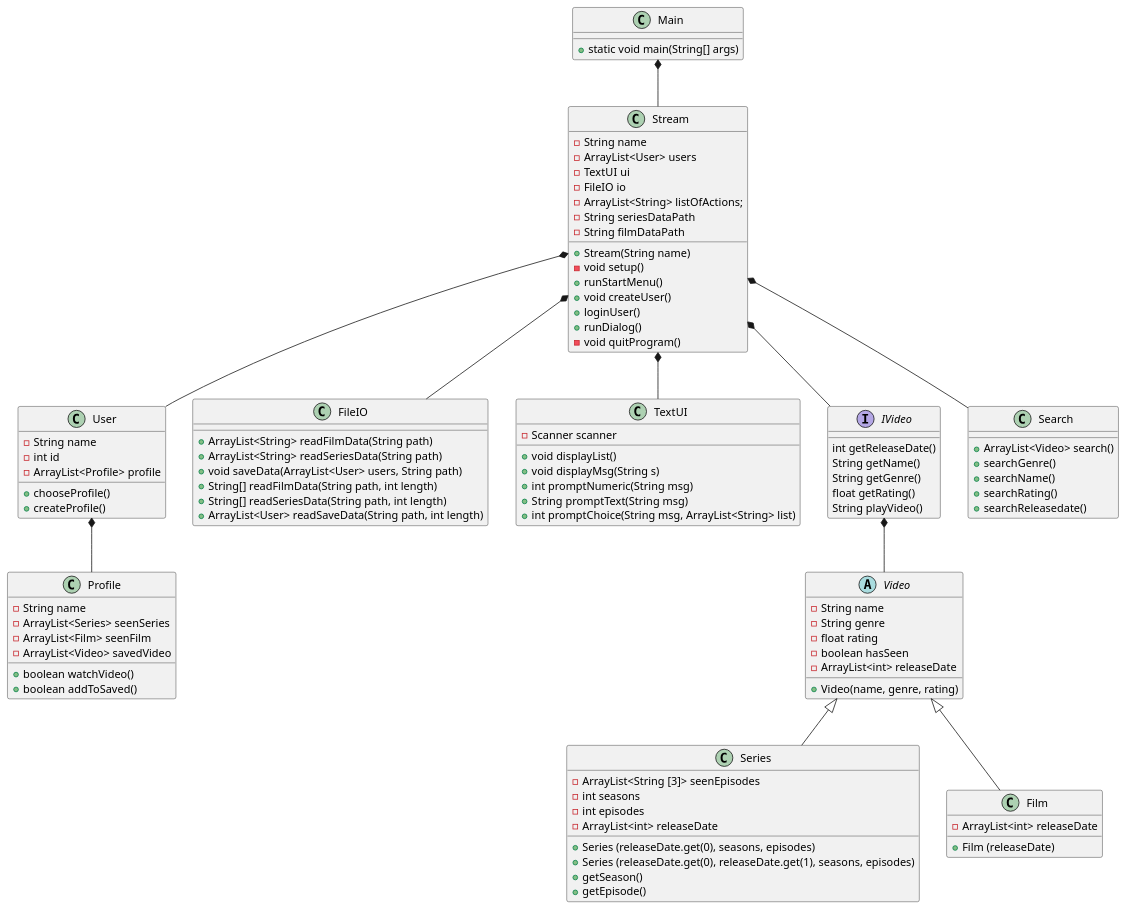
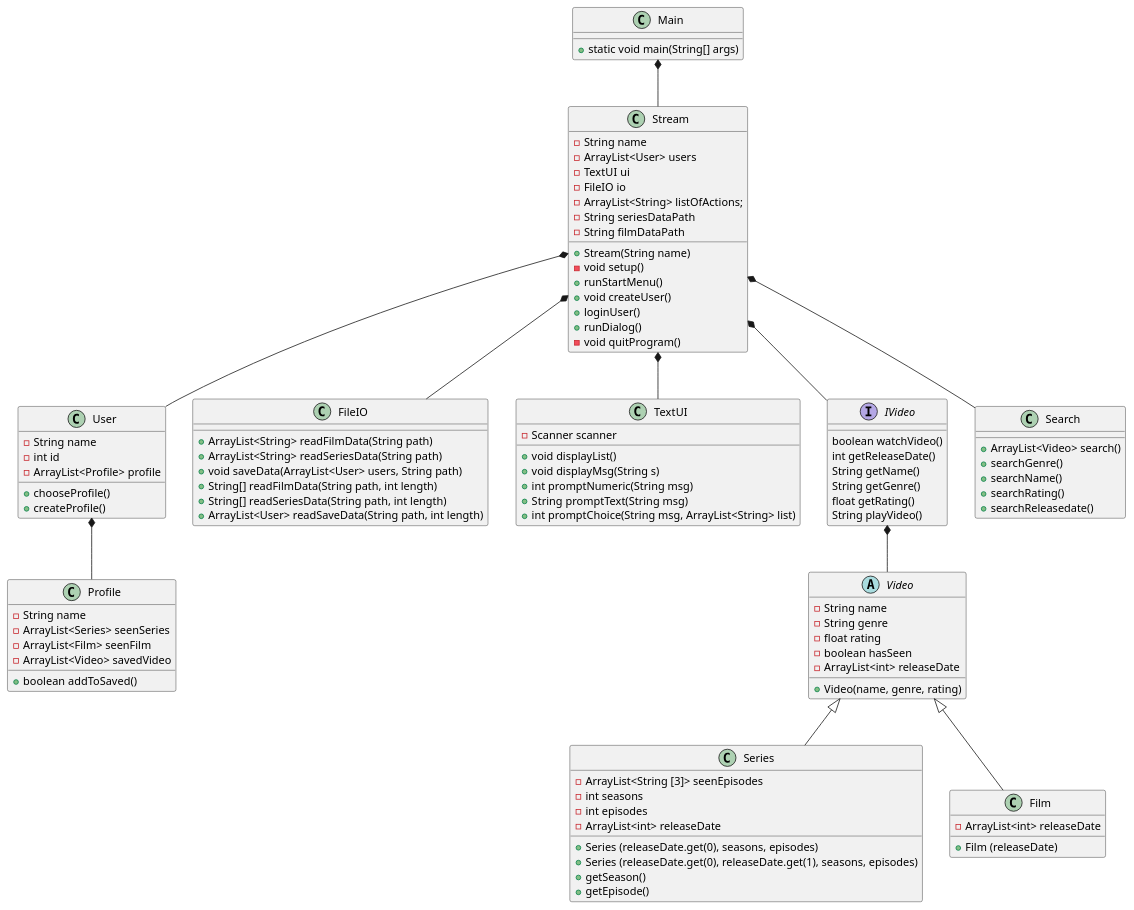
The diagram in doc/Plan/static/classdiagram.puml (Gervig/SP3-Gruppe-C), drawn with PlantUML before and after one commit.

```diff
--- a/doc/Plan/static/classdiagram.puml
+++ b/doc/Plan/static/classdiagram.puml
@@ -1,136 +1,136 @@
 @startuml
 'https://plantuml.com/class-diagram
 
 class Main{
 + static void main(String[] args)
 }
 
 class Stream{
 - String name
 'utilities
 - ArrayList<User> users
 - TextUI ui
 - FileIO io
 - ArrayList<String> listOfActions;
 - String seriesDataPath
 - String filmDataPath
 'constructor
 + Stream(String name)
 'methods
 - void setup()
 ' setup er til er at læse data
 + runStartMenu()
 + void createUser()
 ' skal createUser være void? Det er den i matador
 ' createUser skal vel checke om der er andre med det brugernavn
 + loginUser()
 ' skal loginUser være void?
 ' den skal vel checke om der er en user med det username
 + runDialog()
 ' i runDialog kan man vælge at søge
 - void quitProgram()
 }
 
 
 class User{
 -String name
 - int id
 -ArrayList<Profile> profile
 + chooseProfile()
 + createProfile()
 ' skal den checke om den user har en profil med det brugernavn?
 }
 
 class Profile{
 - String name
 - ArrayList<Series> seenSeries
 - ArrayList<Film> seenFilm
 - ArrayList<Video> savedVideo
-+ boolean watchVideo()
 + boolean addToSaved()
 'bør disse være under IVideo eller video i stedet?
 
 }
 class FileIO{
 + ArrayList<String> readFilmData(String path)
 + ArrayList<String> readSeriesData(String path)
 + void saveData(ArrayList<User> users, String path)
 + String[] readFilmData(String path, int length)
 + String[] readSeriesData(String path, int length)
 + ArrayList<User> readSaveData(String path, int length)
 }
 
 class TextUI{
 - Scanner scanner
 + void displayList()
 + void displayMsg(String s)
 + int promptNumeric(String msg)
 + String promptText(String msg)
 + int promptChoice(String msg, ArrayList<String> list)
 }
 
 interface IVideo {
+boolean watchVideo()
 int getReleaseDate()
 String getName()
 String getGenre()
 float getRating()
 String playVideo()
 }
 
 abstract Class Video{
 - String name
 - String genre
 - float rating
 - boolean hasSeen
 - ArrayList<int> releaseDate
 'constructor
 + Video(name, genre, rating)
 }
 
 class Series{
 - ArrayList<String [3]> seenEpisodes
 - int seasons
 - int episodes
 - ArrayList<int> releaseDate
 'constructor - hvis serien ikke er slut
 + Series (releaseDate.get(0), seasons, episodes)
 'constructor - hvis serien er afsluttet
 + Series (releaseDate.get(0), releaseDate.get(1), seasons, episodes)
 + getSeason()
 + getEpisode()
 }
 
 class Film {
 - ArrayList<int> releaseDate
 'constructor
 + Film (releaseDate)
 }
 
 
 class Search{
 + ArrayList<Video> search()
 'methods til de forskellige søgemuligheder
 ' Skal disse returnere objekterne fra video?
 + searchGenre()
 + searchName()
 + searchRating()
 + searchReleasedate()
 'skal vi have funktioner der kun søger blandt serier og film adskilt?
 }
 
 IVideo *-- Video
 
 Video <|-- Series
 Video <|-- Film
 
 User *-- Profile
 
 Main *-- Stream
 
 Stream *-- User
 Stream *-- FileIO
 Stream *-- TextUI
 Stream *-- IVideo
 Stream *-- Search
 
 @enduml
```
